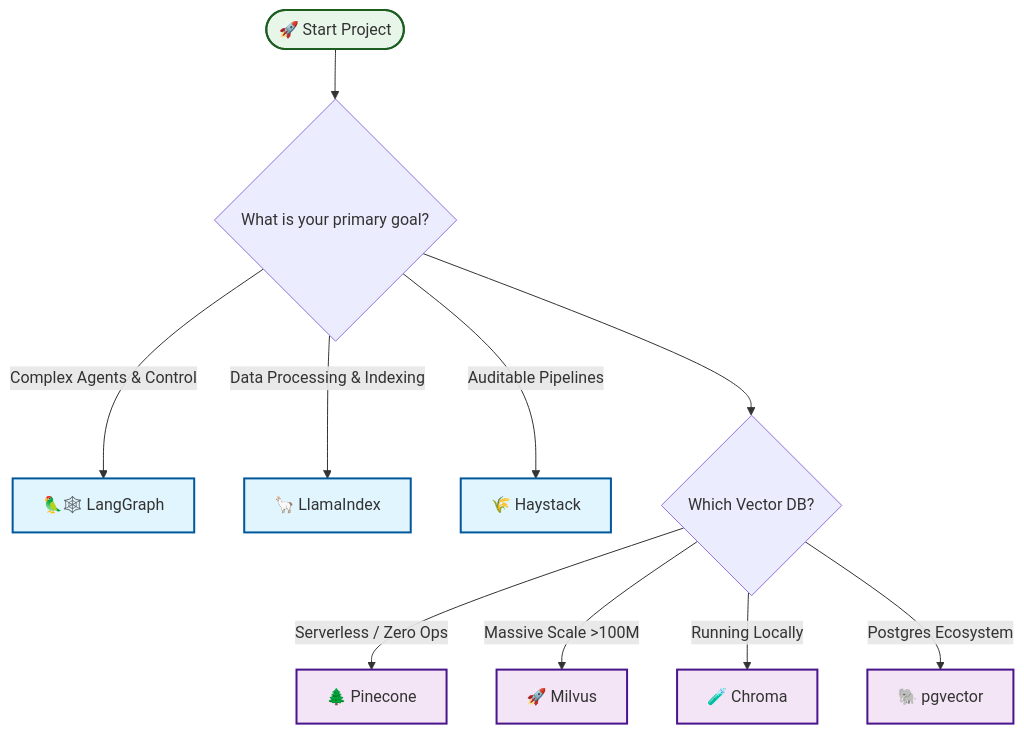
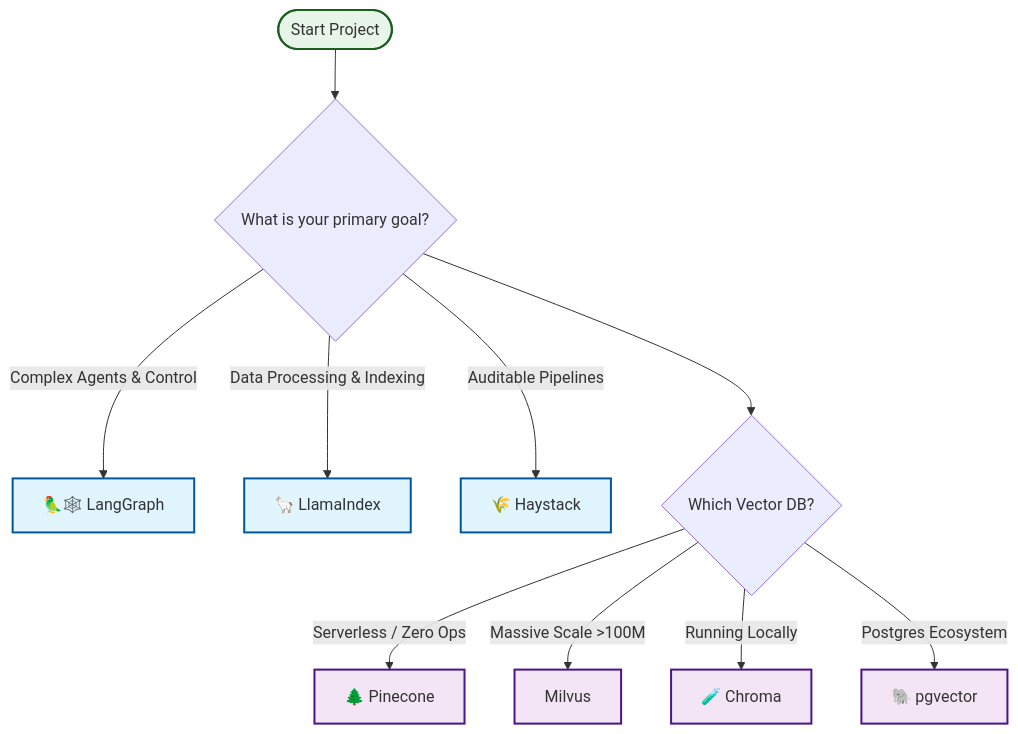
The diagram in README.md (Yigtwxx/Awesome-RAG-Production), drawn with Mermaid before and after one commit. The commit also changed other lines of this file, not shown here.

````diff
--- a/README.md
+++ b/README.md
@@ -46,25 +46,25 @@
 ```mermaid
 graph TD
-    Start([🚀 Start Project]) --> UseCase{What is your primary goal?}
+    Start([Start Project]) --> UseCase{What is your primary goal?}
     
     %% Framework Selection
     UseCase -->|Complex Agents & Control| LangGraph[🦜🕸️ LangGraph]
     UseCase -->|Data Processing & Indexing| LlamaIndex[🦙 LlamaIndex]
     UseCase -->|Auditable Pipelines| Haystack[🌾 Haystack]
     
     %% Vector DB Selection
     UseCase --> DB{Which Vector DB?}
     DB -->|Serverless / Zero Ops| Pinecone[🌲 Pinecone]
-    DB -->|Massive Scale >100M| Milvus[🚀 Milvus]
+    DB -->|Massive Scale >100M| Milvus[Milvus]
     DB -->|Running Locally| Chroma[🧪 Chroma]
     DB -->|Postgres Ecosystem| PGVector[🐘 pgvector]
     
     %% Styling
     classDef framework fill:#e1f5fe,stroke:#01579b,stroke-width:2px;
     classDef db fill:#f3e5f5,stroke:#4a148c,stroke-width:2px;
     classDef start fill:#e8f5e9,stroke:#1b5e20,stroke-width:2px;
     
     class LangGraph,LlamaIndex,Haystack framework;
     class Pinecone,Milvus,Chroma,PGVector db;
     class Start start;
 ```
````
